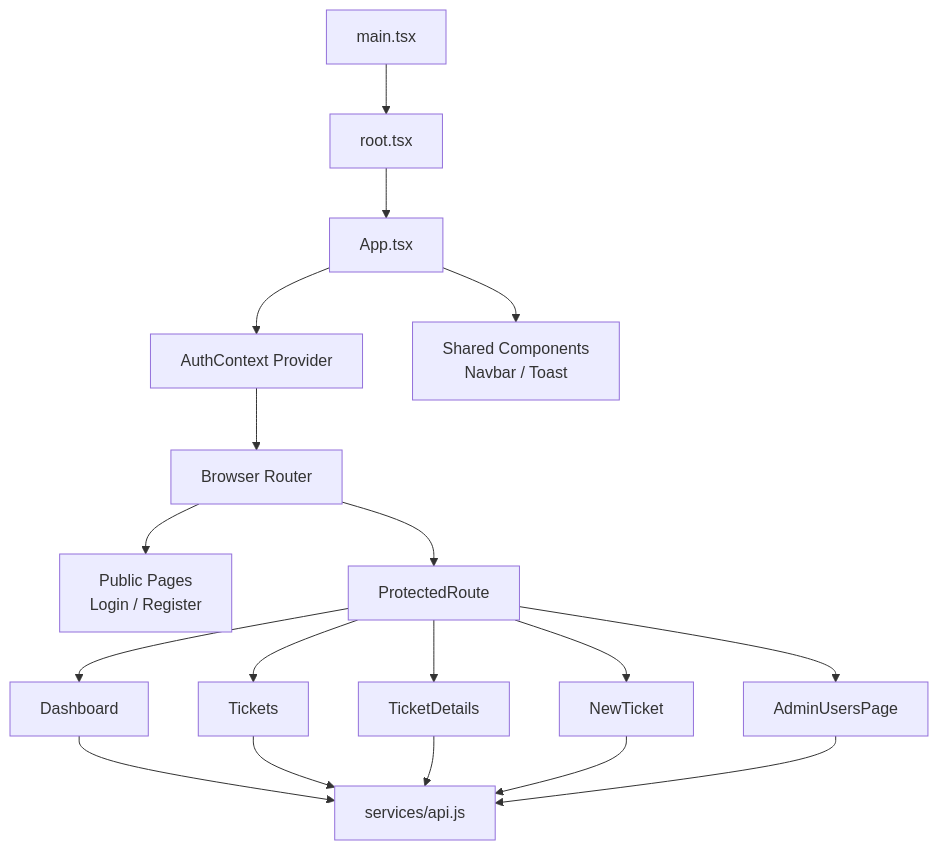
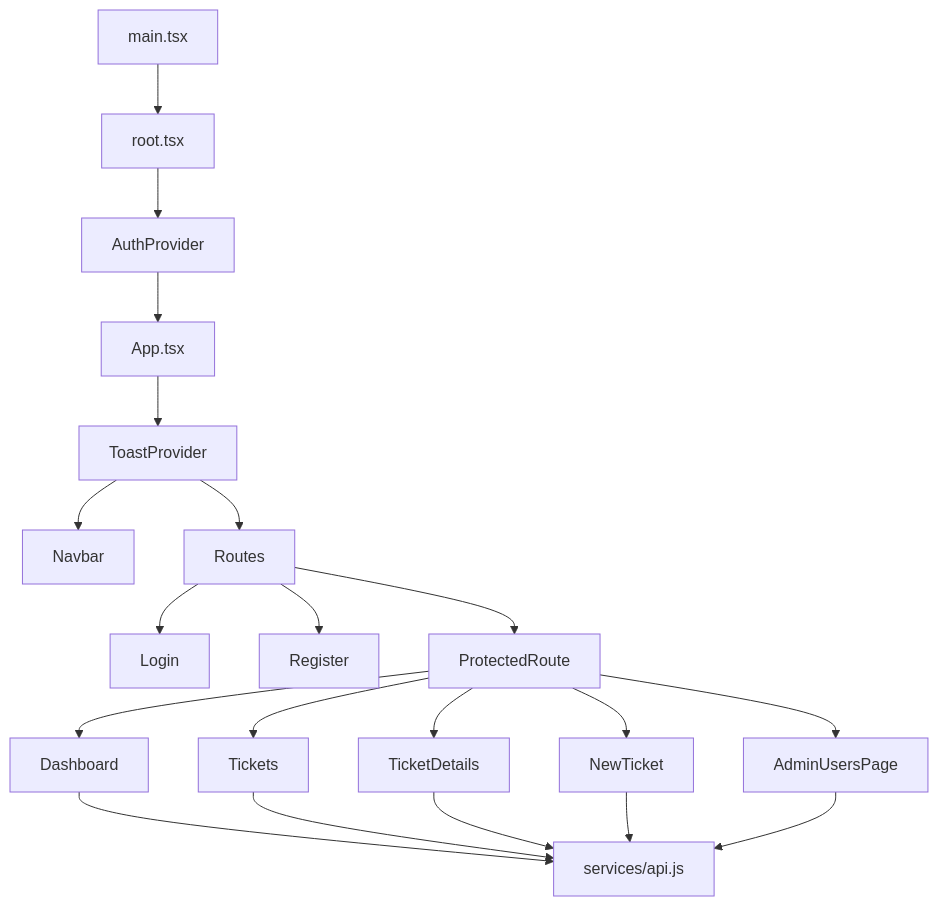
The diagram in README.md (dvori9359-blip/dvori-hofman-react-project), drawn with Mermaid before and after one commit. The commit also changed other lines of this file and 20 other files, not shown here.

Commit message:
docs: finalize professional grid and add ticket details screenshot

````diff
--- a/README.md
+++ b/README.md
@@ -36,24 +20,26 @@
 ```mermaid
 flowchart TD
-	A[main.tsx] --> B[root.tsx]
-	B --> C[App.tsx]
+		A[main.tsx] --> B[root.tsx]
+		B --> C[AuthProvider]
+		C --> D[App.tsx]
 
-	C --> D[AuthContext Provider]
-	D --> E[Browser Router]
+		D --> E[ToastProvider]
+		E --> F[Navbar]
+		E --> G[Routes]
 
-	E --> F[Public Pages\nLogin / Register]
-	E --> G[ProtectedRoute]
-	G --> H[Dashboard]
-	G --> I[Tickets]
-	G --> J[TicketDetails]
-	G --> K[NewTicket]
-	G --> L[AdminUsersPage]
+		G --> H[Login]
+		G --> I[Register]
+		G --> J[ProtectedRoute]
 
-	C --> M[Shared Components\nNavbar / Toast]
+		J --> K[Dashboard]
+		J --> L[Tickets]
+		J --> M[TicketDetails]
+		J --> N[NewTicket]
+		J --> O[AdminUsersPage]
 
-	H --> N[services/api.js]
-	I --> N
-	J --> N
-	K --> N
-	L --> N
+		K --> P[services/api.js]
+		L --> P
+		M --> P
+		N --> P
+		O --> P
 ```
````
